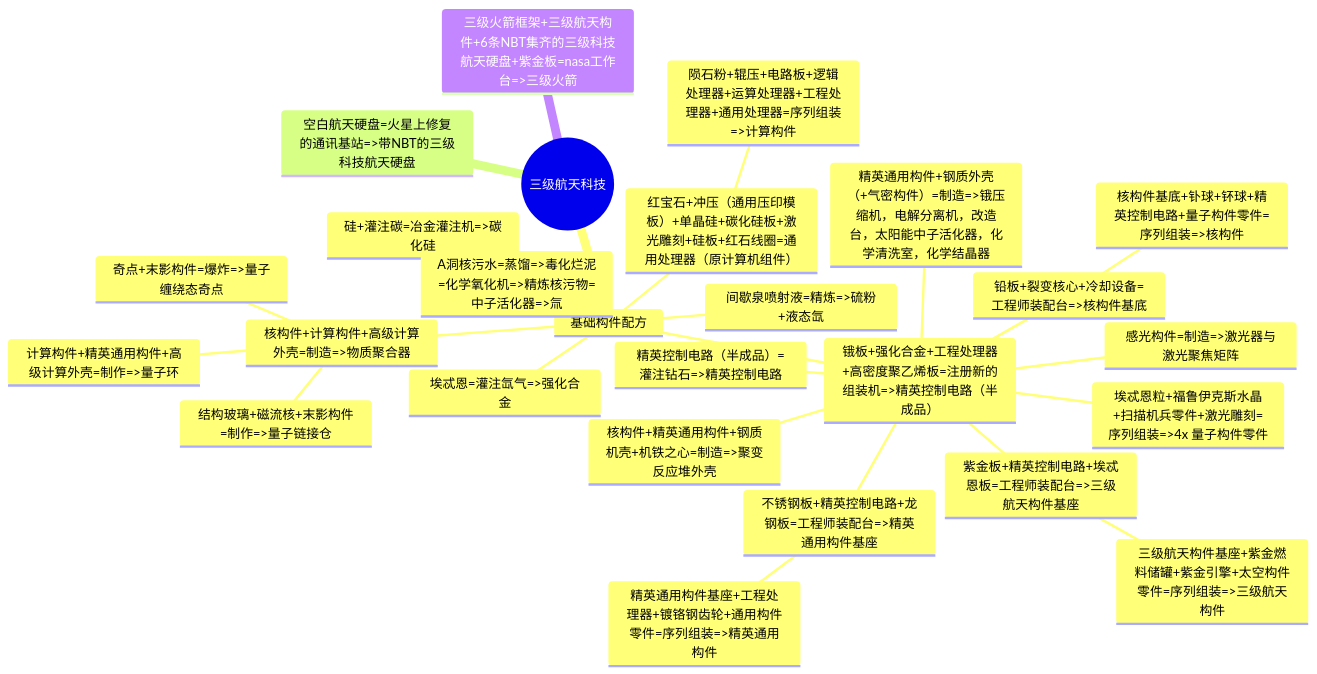
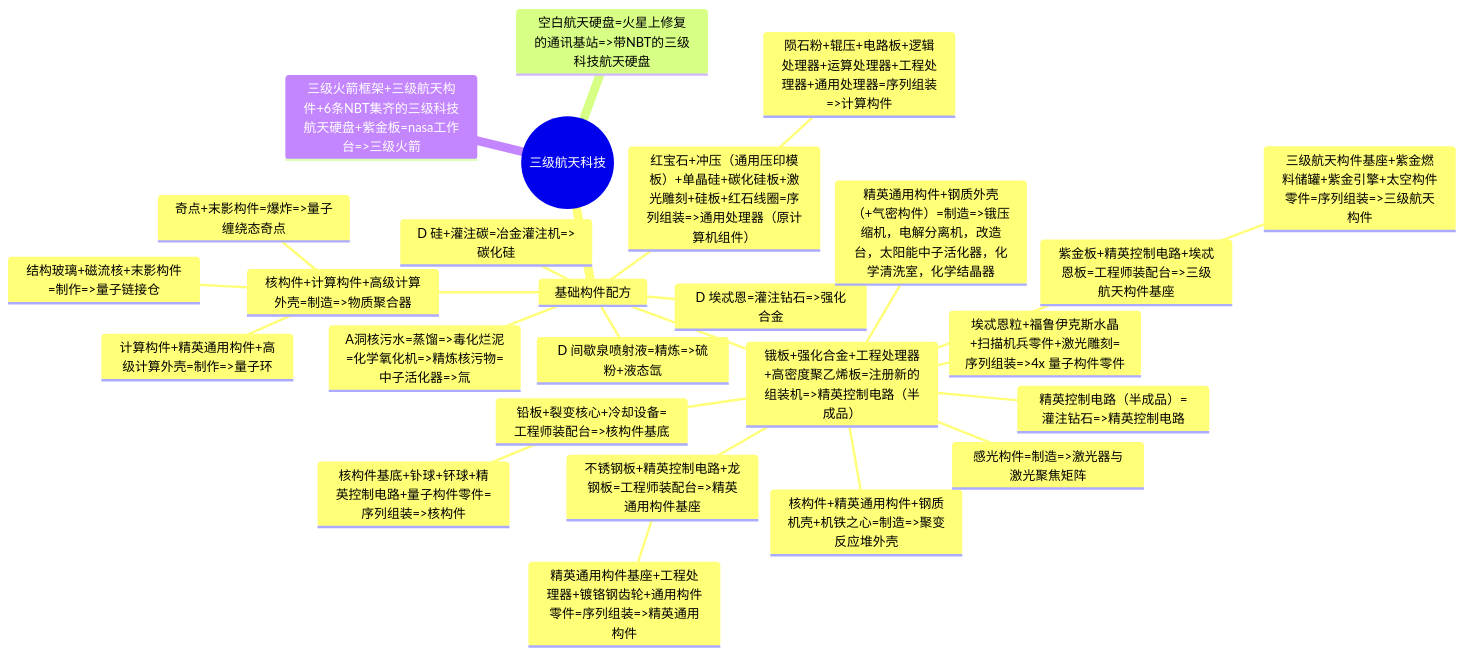
One commit to VechniMetel/CodeNameCIM2 changed the third of 4 diagrams in Developer/TechTreeMap.md. Above: the diagram before and after it, drawn with Mermaid. The commit also changed 72 other files, not shown here.

````diff
--- a/Developer/TechTreeMap.md
+++ b/Developer/TechTreeMap.md
@@ -80,29 +80,29 @@
 ``` mermaid
 mindmap
     root((三级航天科技))
         基础构件配方
-            间歇泉喷射液=精炼=>硫粉+液态氙
-            埃忒恩=灌注氙气=>强化合金
-            硅+灌注碳=冶金灌注机=>碳化硅
-            红宝石+冲压（通用压印模板）+单晶硅+碳化硅板+激光雕刻+硅板+红石线圈=通用处理器（原计算机组件）
+            D 间歇泉喷射液=精炼=>硫粉+液态氙
+            D 埃忒恩=灌注钻石=>强化合金
+            D 硅+灌注碳=冶金灌注机=>碳化硅
+            红宝石+冲压（通用压印模板）+单晶硅+碳化硅板+激光雕刻+硅板+红石线圈=序列组装=>通用处理器（原计算机组件）
                 陨石粉+辊压+电路板+逻辑处理器+运算处理器+工程处理器+通用处理器=序列组装=>计算构件
             锇板+强化合金+工程处理器+高密度聚乙烯板=注册新的组装机=>精英控制电路（半成品）
                 精英控制电路（半成品）=灌注钻石=>精英控制电路
                 紫金板+精英控制电路+埃忒恩板=工程师装配台=>三级航天构件基座
                     三级航天构件基座+紫金燃料储罐+紫金引擎+太空构件零件=序列组装=>三级航天构件
                 不锈钢板+精英控制电路+龙钢板=工程师装配台=>精英通用构件基座
                     精英通用构件基座+工程处理器+镀铬钢齿轮+通用构件零件=序列组装=>精英通用构件
                 埃忒恩粒+福鲁伊克斯水晶+扫描机兵零件+激光雕刻=序列组装=>4x 量子构件零件
                 铅板+裂变核心+冷却设备=工程师装配台=>核构件基底
                     核构件基底+钋球+钚球+精英控制电路+量子构件零件=序列组装=>核构件
                 核构件+精英通用构件+钢质机壳+机铁之心=制造=>聚变反应堆外壳
                 感光构件=制造=>激光器与激光聚焦矩阵
                 精英通用构件+钢质外壳（+气密构件）=制造=>锇压缩机，电解分离机，改造台，太阳能中子活化器，化学清洗室，化学结晶器
             核构件+计算构件+高级计算外壳=制造=>物质聚合器
                 奇点+末影构件=爆炸=>量子缠绕态奇点
                 计算构件+精英通用构件+高级计算外壳=制作=>量子环
                 结构玻璃+磁流核+末影构件=制作=>量子链接仓
             A洞核污水=蒸馏=>毒化烂泥=化学氧化机=>精炼核污物=中子活化器=>氚
         空白航天硬盘=火星上修复的通讯基站=>带NBT的三级科技航天硬盘
         三级火箭框架+三级航天构件+6条NBT集齐的三级科技航天硬盘+紫金板=nasa工作台=>三级火箭
 ```
````
